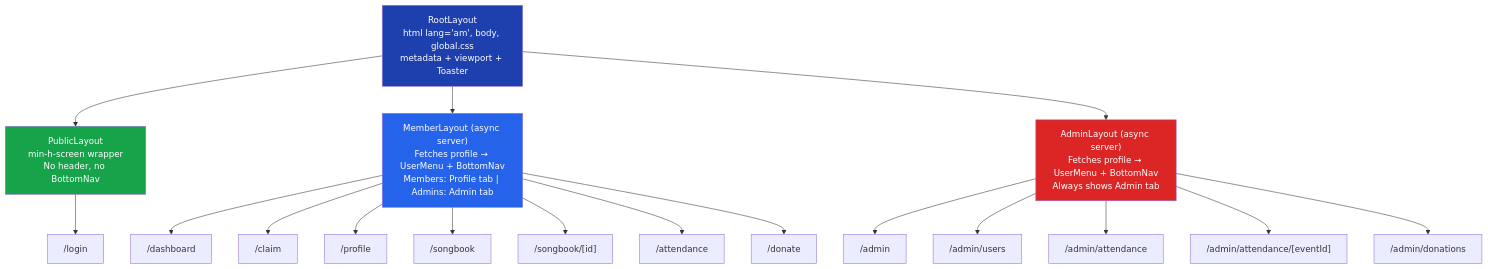
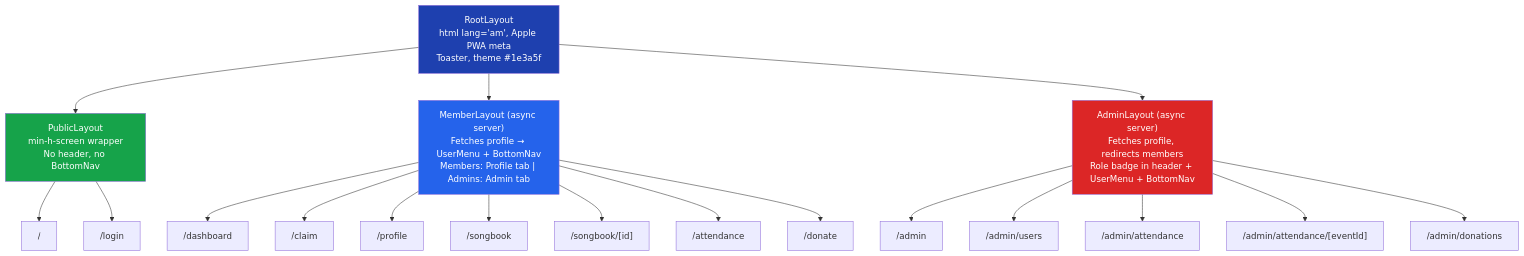
The second of 4 diagrams in docs/routes.md (Felege-Yordanos-Tech-Team/felege-yordanos-app), drawn with Mermaid before and after one commit. The commit also changed other lines of this file and 5 other files, not shown here.

````diff
--- a/docs/routes.md
+++ b/docs/routes.md
@@ -62,29 +64,30 @@
 ```mermaid
 graph TD
-    ROOT_LAYOUT["RootLayout<br/>html lang='am', body, global.css<br/>metadata + viewport + Toaster"]
+    ROOT_LAYOUT["RootLayout<br/>html lang='am', Apple PWA meta<br/>Toaster, theme #1e3a5f"]
 
     ROOT_LAYOUT --> PUBLIC_LAYOUT["PublicLayout<br/>min-h-screen wrapper<br/>No header, no BottomNav"]
     ROOT_LAYOUT --> MEMBER_LAYOUT["MemberLayout (async server)<br/>Fetches profile → UserMenu + BottomNav<br/>Members: Profile tab | Admins: Admin tab"]
-    ROOT_LAYOUT --> ADMIN_LAYOUT["AdminLayout (async server)<br/>Fetches profile → UserMenu + BottomNav<br/>Always shows Admin tab"]
+    ROOT_LAYOUT --> ADMIN_LAYOUT["AdminLayout (async server)<br/>Fetches profile, redirects members<br/>Role badge in header + UserMenu + BottomNav"]
 
+    PUBLIC_LAYOUT --> P0["/"]
     PUBLIC_LAYOUT --> P1["/login"]
 
     MEMBER_LAYOUT --> M1["/dashboard"]
     MEMBER_LAYOUT --> M2["/claim"]
     MEMBER_LAYOUT --> M3["/profile"]
     MEMBER_LAYOUT --> M4["/songbook"]
     MEMBER_LAYOUT --> M5["/songbook/[id]"]
     MEMBER_LAYOUT --> M6["/attendance"]
     MEMBER_LAYOUT --> M7["/donate"]
 
     ADMIN_LAYOUT --> A1["/admin"]
     ADMIN_LAYOUT --> A2["/admin/users"]
     ADMIN_LAYOUT --> A3["/admin/attendance"]
     ADMIN_LAYOUT --> A4["/admin/attendance/[eventId]"]
     ADMIN_LAYOUT --> A5["/admin/donations"]
 
     style ROOT_LAYOUT fill:#1e40af,color:#fff
     style PUBLIC_LAYOUT fill:#16a34a,color:#fff
     style MEMBER_LAYOUT fill:#2563eb,color:#fff
     style ADMIN_LAYOUT fill:#dc2626,color:#fff
 ```
````
